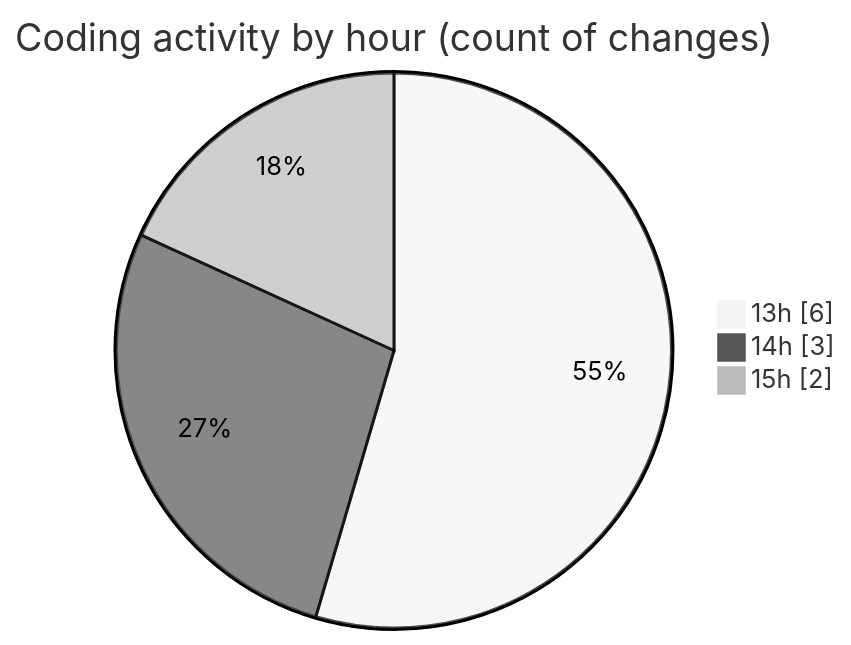
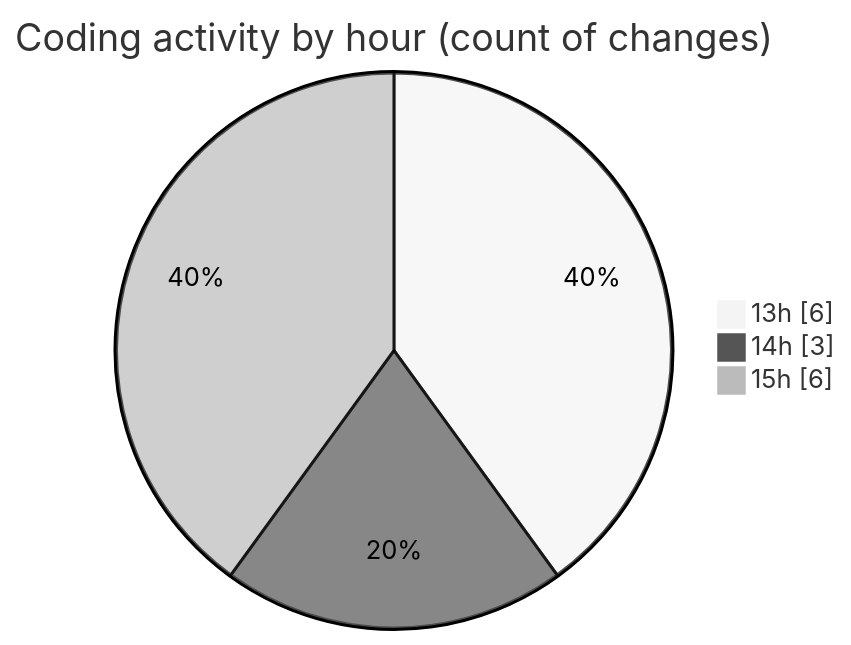
One commit to nxtqubesakshisongat/code-tracking changed the second of 2 diagrams in 2026-06-16/nxtqube_webapp/README.md. Above: the diagram before and after it, drawn with Mermaid (neutral theme). The commit also changed other lines of this file and 1 other file, not shown here.

````diff
--- a/2026-06-16/nxtqube_webapp/README.md
+++ b/2026-06-16/nxtqube_webapp/README.md
@@ -30,7 +30,7 @@
 ```mermaid
 pie showData
 title Coding activity by hour (count of changes)
 "13h" : 6
 "14h" : 3
-"15h" : 2
+"15h" : 6
 ```
````
